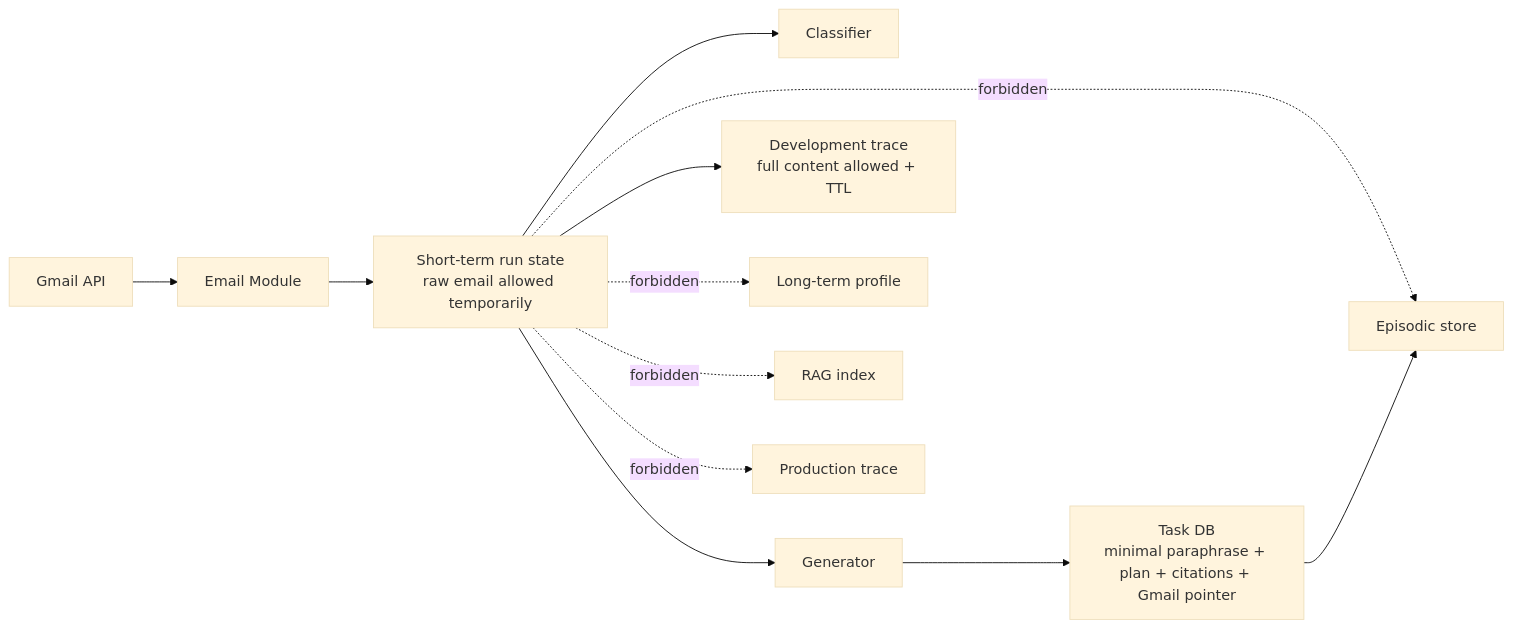
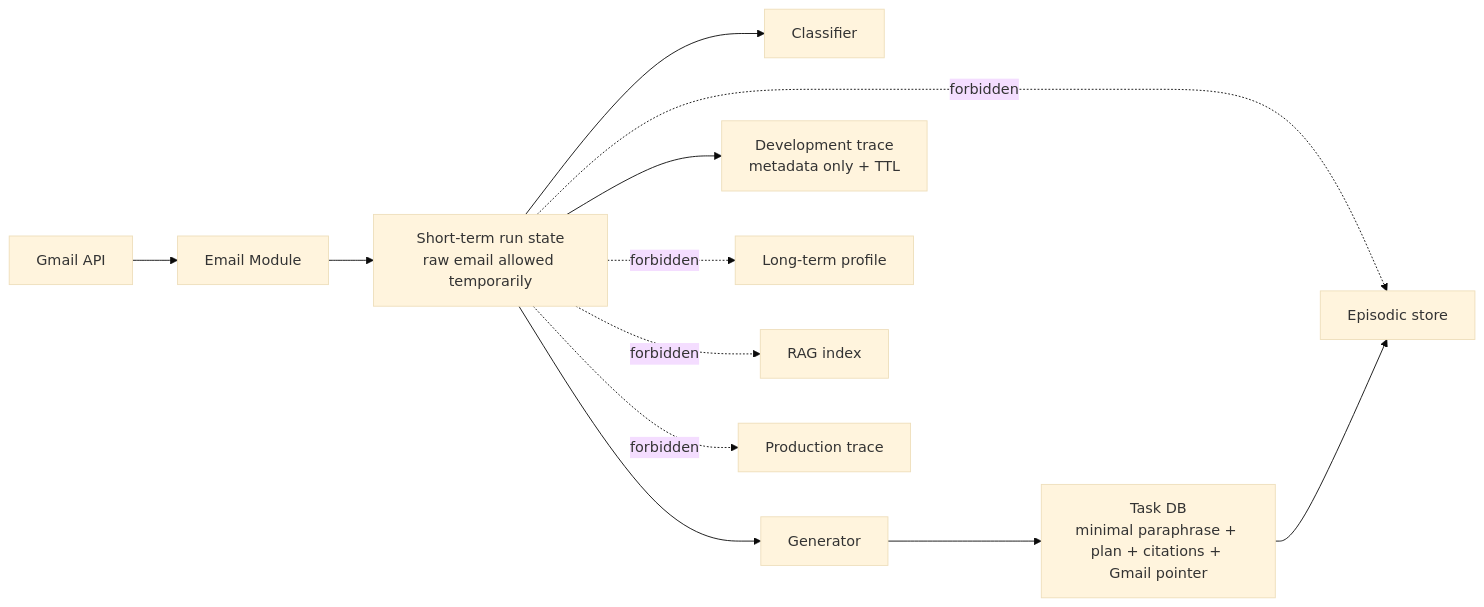
One commit to MathematicGuy/EMAIL-AGENT-v1 changed the fourth of 5 diagrams in docs/master-comparison.md. Above: the diagram before and after it, drawn with Mermaid (base theme). The commit also changed other lines of this file, not shown here.

````diff
--- a/docs/master-comparison.md
+++ b/docs/master-comparison.md
@@ -552,17 +566,17 @@
 ```mermaid
 flowchart LR
     GMAIL["Gmail API"] --> EMAIL["Email Module"]
     EMAIL --> STM["Short-term run state
 raw email allowed temporarily"]
     STM --> CLASS["Classifier"]
     STM --> GEN["Generator"]
     STM --> DEV["Development trace
-full content allowed + TTL"]
+metadata only + TTL"]
     STM -. forbidden .-> LONG["Long-term profile"]
     STM -. forbidden .-> EPI["Episodic store"]
     STM -. forbidden .-> INDEX["RAG index"]
     STM -. forbidden .-> PROD["Production trace"]
     GEN --> TASK["Task DB
 minimal paraphrase + plan + citations + Gmail pointer"]
     TASK --> EPI
 ```
````
